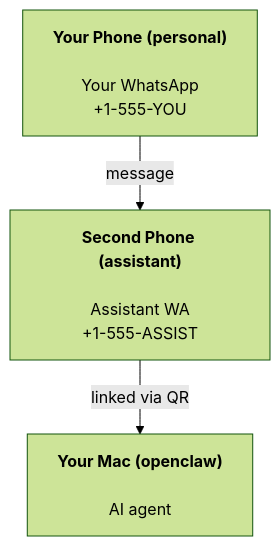
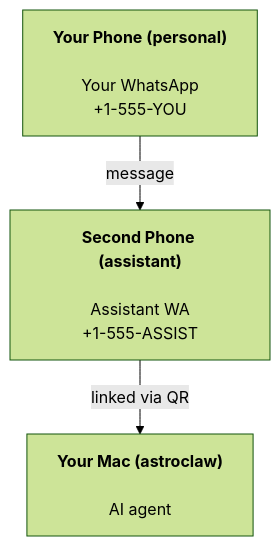
Before and after one commit to P1R4N351/astroclaw: the diagram in docs/start/astroclaw.md, drawn with Mermaid (forest theme). The commit also changed other lines of this file and 10017 other files, not shown here.

First line of the commit message:
refactor: rebrand openclaw → astroclaw (sweep — files missed by 83f19ce5c1)

````diff
--- a/docs/start/astroclaw.md
+++ b/docs/start/astroclaw.md
@@ -34,5 +34,5 @@
 ```mermaid
 flowchart TB
     A["<b>Your Phone (personal)<br></b><br>Your WhatsApp<br>+1-555-YOU"] -- message --> B["<b>Second Phone (assistant)<br></b><br>Assistant WA<br>+1-555-ASSIST"]
-    B -- linked via QR --> C["<b>Your Mac (openclaw)<br></b><br>AI agent"]
+    B -- linked via QR --> C["<b>Your Mac (astroclaw)<br></b><br>AI agent"]
 ```
````
